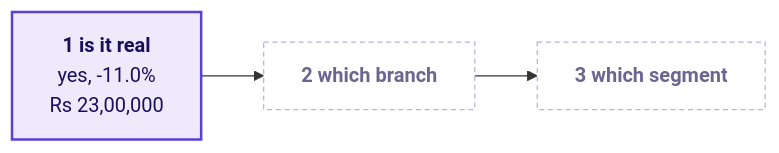
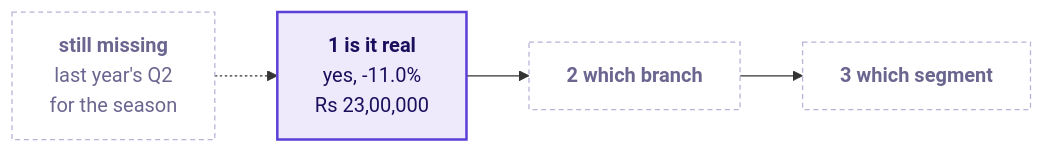
Before and after one commit to fde-academy-lab/c2-content-factory: the seventh of 13 diagrams in content/W01/D2/slides/C2_W01_D02_half1_STUDENT.md, drawn with Mermaid. The commit also changed other lines of this file and 3 other files, not shown here.

````diff
--- a/content/W01/D2/slides/C2_W01_D02_half1_STUDENT.md
+++ b/content/W01/D2/slides/C2_W01_D02_half1_STUDENT.md
@@ -404,9 +381,10 @@
 ```mermaid
 flowchart LR
     R1["<b>1 is it real</b><br/>yes, -11.0%<br/>Rs 23,00,000"] --> R2["<b>2 which branch</b>"]
     R2 --> R3["<b>3 which segment</b>"]
+    X["<b>still missing</b><br/>last year's Q2<br/>for the season"] -.-> R1
     classDef known fill:#EEEAFB,stroke:#5B3FD6,color:#1A0F5C,stroke-width:2px
     classDef unknown fill:#FFFFFF,stroke:#B8B2D6,color:#6B6690,stroke-dasharray:4 3
     class R1 known
-    class R2,R3 unknown
+    class R2,R3,X unknown
 ```
````
